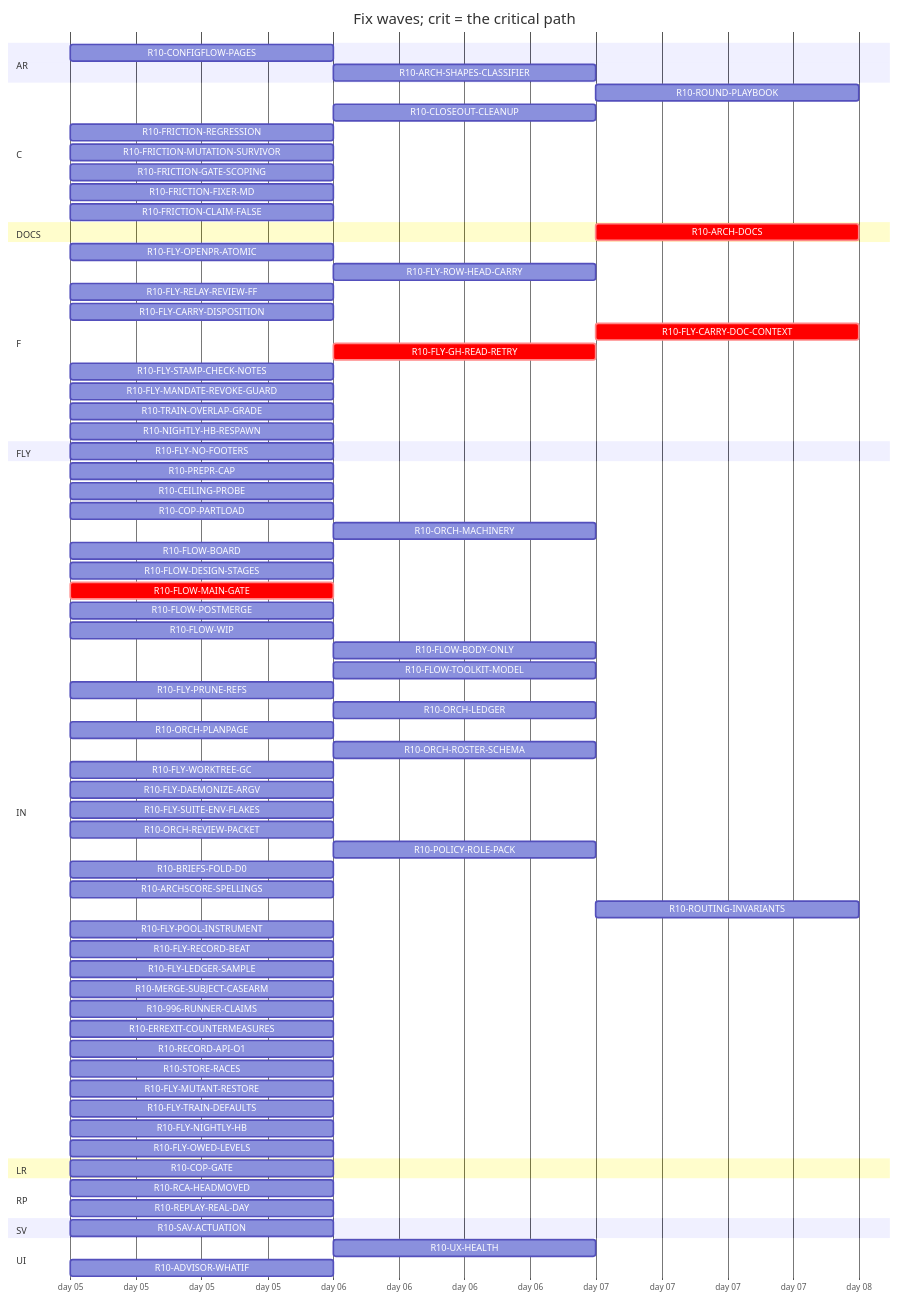
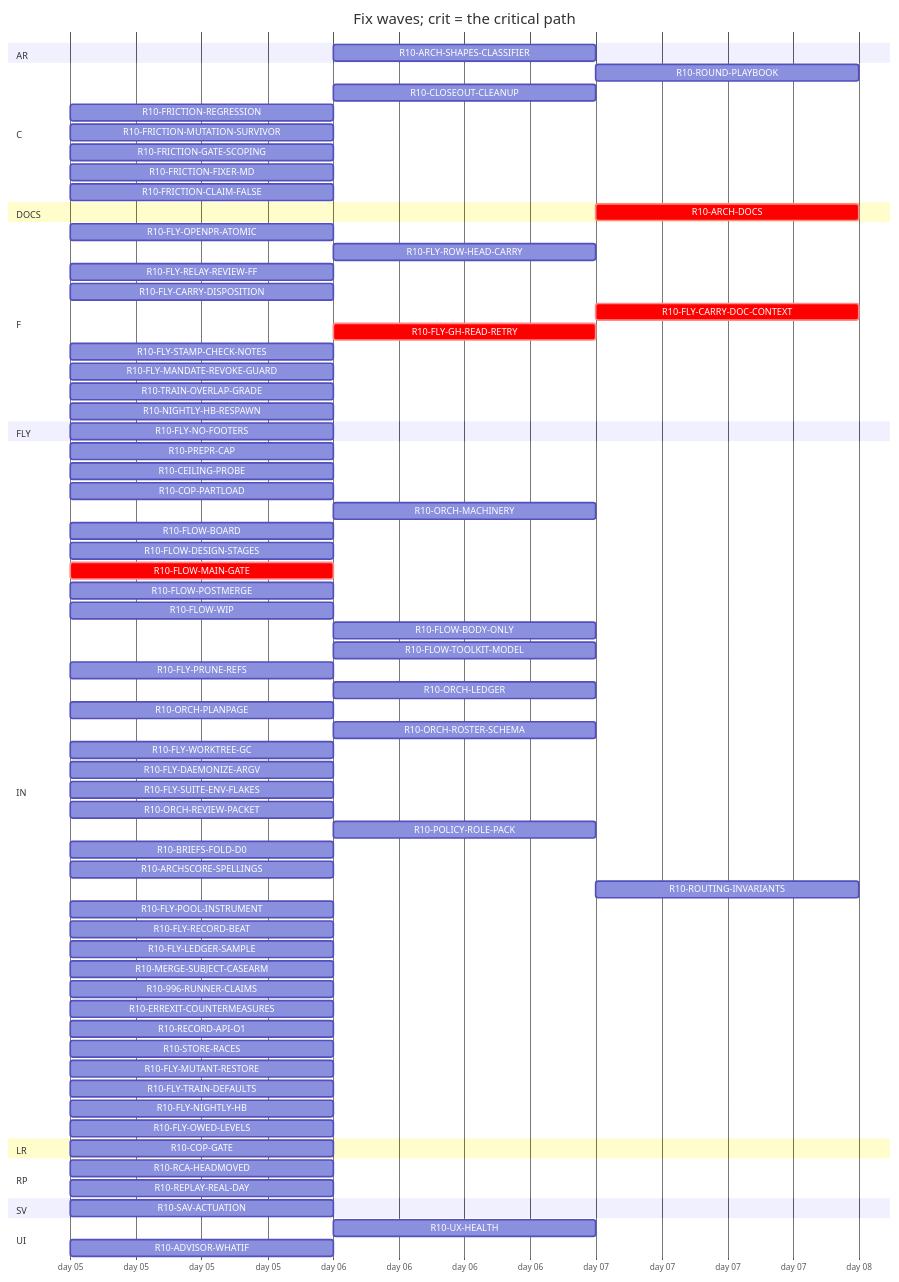
The diagram in handoff/round10/state/PLAN-TABLE.md (tvofi/heatpump_optimizer), drawn with Mermaid before and after one commit. The commit also changed other lines of this file and 3 other files, not shown here.

Commit message:
state: FLOW-BOARD.md, NEXT-SESSION-PROMPT.md, PLAN-TABLE.md, RESUME-CURRENT.md regenerated (state_docs.py)

````diff
--- a/handoff/round10/state/PLAN-TABLE.md
+++ b/handoff/round10/state/PLAN-TABLE.md
@@ -23,78 +23,77 @@
 ```mermaid
 gantt
   title Fix waves; crit = the critical path
   dateFormat YYYY-MM-DD
   axisFormat day %d
   section AR
-    R10-CONFIGFLOW-PAGES :r10CONFIGFLOWPAGES, 2026-01-05, 1d
     R10-ARCH-SHAPES-CLASSIFIER :r10ARCHSHAPESCLASSIFIER, after r10996RUNNERCLAIMS, 1d
   section C
     R10-ROUND-PLAYBOOK :r10ROUNDPLAYBOOK, after r10ORCHLEDGER r10ORCHPLANPAGE r10FLOWMAINGATE r10FLYRELAYREVIEWFF r10FLOWBODYONLY, 1d
     R10-CLOSEOUT-CLEANUP :r10CLOSEOUTCLEANUP, after r10FLYPRUNEREFS r10FLYWORKTREEGC, 1d
     R10-FRICTION-REGRESSION :r10FRICTIONREGRESSION, 2026-01-05, 1d
     R10-FRICTION-MUTATION-SURVIVOR :r10FRICTIONMUTATIONSURVIVOR, 2026-01-05, 1d
     R10-FRICTION-GATE-SCOPING :r10FRICTIONGATESCOPING, 2026-01-05, 1d
     R10-FRICTION-FIXER-MD :r10FRICTIONFIXERMD, 2026-01-05, 1d
     R10-FRICTION-CLAIM-FALSE :r10FRICTIONCLAIMFALSE, 2026-01-05, 1d
   section DOCS
-    R10-ARCH-DOCS :crit, r10ARCHDOCS, after r10COPGATE r10UXHEALTH r10CONFIGFLOWPAGES r10RCAHEADMOVED r10CEILINGPROBE r10COPPARTLOAD r10FLOWBOARD r10FLOWDESIGNSTAGES r10FLOWPOSTMERGE r10FLOWWIP r10FLOWBODYONLY r10FLYOPENPRATOMIC r10FLYROWHEADCARRY r10FLYRELAYREVIEWFF r10FLYCARRYDISPOSITION r10FLYCARRYDOCCONTEXT r10FLOWTOOLKITMODEL r10FLYSTAMPCHECKNOTES r10FLYMANDATEREVOKEGUARD r10TRAINOVERLAPGRADE r10NIGHTLYHBRESPAWN r10FLYPRUNEREFS r10ORCHLEDGER r10ORCHPLANPAGE r10ORCHROSTERSCHEMA r10FLYWORKTREEGC r10FLYDAEMONIZEARGV r10ORCHREVIEWPACKET r10POLICYROLEPACK r10BRIEFSFOLDD0 r10REPLAYREALDAY r10ARCHSCORESPELLINGS r10SAVACTUATION r10FLYLEDGERSAMPLE, 1d
+    R10-ARCH-DOCS :crit, r10ARCHDOCS, after r10COPGATE r10UXHEALTH r10RCAHEADMOVED r10CEILINGPROBE r10COPPARTLOAD r10FLOWBOARD r10FLOWDESIGNSTAGES r10FLOWPOSTMERGE r10FLOWWIP r10FLOWBODYONLY r10FLYOPENPRATOMIC r10FLYROWHEADCARRY r10FLYRELAYREVIEWFF r10FLYCARRYDISPOSITION r10FLYCARRYDOCCONTEXT r10FLOWTOOLKITMODEL r10FLYSTAMPCHECKNOTES r10FLYMANDATEREVOKEGUARD r10TRAINOVERLAPGRADE r10NIGHTLYHBRESPAWN r10FLYPRUNEREFS r10ORCHLEDGER r10ORCHPLANPAGE r10ORCHROSTERSCHEMA r10FLYWORKTREEGC r10FLYDAEMONIZEARGV r10ORCHREVIEWPACKET r10POLICYROLEPACK r10BRIEFSFOLDD0 r10REPLAYREALDAY r10ARCHSCORESPELLINGS r10SAVACTUATION r10FLYLEDGERSAMPLE, 1d
   section F
     R10-FLY-OPENPR-ATOMIC :r10FLYOPENPRATOMIC, 2026-01-05, 1d
     R10-FLY-ROW-HEAD-CARRY :r10FLYROWHEADCARRY, after r10FLYOPENPRATOMIC, 1d
     R10-FLY-RELAY-REVIEW-FF :r10FLYRELAYREVIEWFF, 2026-01-05, 1d
     R10-FLY-CARRY-DISPOSITION :r10FLYCARRYDISPOSITION, 2026-01-05, 1d
     R10-FLY-CARRY-DOC-CONTEXT :crit, r10FLYCARRYDOCCONTEXT, after r10FLYGHREADRETRY, 1d
     R10-FLY-GH-READ-RETRY :crit, r10FLYGHREADRETRY, after r10FLOWMAINGATE, 1d
     R10-FLY-STAMP-CHECK-NOTES :r10FLYSTAMPCHECKNOTES, 2026-01-05, 1d
     R10-FLY-MANDATE-REVOKE-GUARD :r10FLYMANDATEREVOKEGUARD, 2026-01-05, 1d
     R10-TRAIN-OVERLAP-GRADE :r10TRAINOVERLAPGRADE, 2026-01-05, 1d
     R10-NIGHTLY-HB-RESPAWN :r10NIGHTLYHBRESPAWN, 2026-01-05, 1d
   section FLY
     R10-FLY-NO-FOOTERS :r10FLYNOFOOTERS, 2026-01-05, 1d
   section IN
     R10-PREPR-CAP :r10PREPRCAP, 2026-01-05, 1d
     R10-CEILING-PROBE :r10CEILINGPROBE, 2026-01-05, 1d
     R10-COP-PARTLOAD :r10COPPARTLOAD, 2026-01-05, 1d
     R10-ORCH-MACHINERY :r10ORCHMACHINERY, after r10FLOWMAINGATE, 1d
     R10-FLOW-BOARD :r10FLOWBOARD, 2026-01-05, 1d
     R10-FLOW-DESIGN-STAGES :r10FLOWDESIGNSTAGES, 2026-01-05, 1d
     R10-FLOW-MAIN-GATE :crit, r10FLOWMAINGATE, 2026-01-05, 1d
     R10-FLOW-POSTMERGE :r10FLOWPOSTMERGE, 2026-01-05, 1d
     R10-FLOW-WIP :r10FLOWWIP, 2026-01-05, 1d
     R10-FLOW-BODY-ONLY :r10FLOWBODYONLY, after r10FLYOPENPRATOMIC, 1d
     R10-FLOW-TOOLKIT-MODEL :r10FLOWTOOLKITMODEL, after r10ORCHPLANPAGE, 1d
     R10-FLY-PRUNE-REFS :r10FLYPRUNEREFS, 2026-01-05, 1d
     R10-ORCH-LEDGER :r10ORCHLEDGER, after r10FLOWMAINGATE, 1d
     R10-ORCH-PLANPAGE :r10ORCHPLANPAGE, 2026-01-05, 1d
     R10-ORCH-ROSTER-SCHEMA :r10ORCHROSTERSCHEMA, after r10FLOWMAINGATE, 1d
     R10-FLY-WORKTREE-GC :r10FLYWORKTREEGC, 2026-01-05, 1d
     R10-FLY-DAEMONIZE-ARGV :r10FLYDAEMONIZEARGV, 2026-01-05, 1d
     R10-FLY-SUITE-ENV-FLAKES :r10FLYSUITEENVFLAKES, 2026-01-05, 1d
     R10-ORCH-REVIEW-PACKET :r10ORCHREVIEWPACKET, 2026-01-05, 1d
     R10-POLICY-ROLE-PACK :r10POLICYROLEPACK, after r10FLOWDESIGNSTAGES, 1d
     R10-BRIEFS-FOLD-D0 :r10BRIEFSFOLDD0, 2026-01-05, 1d
     R10-ARCHSCORE-SPELLINGS :r10ARCHSCORESPELLINGS, 2026-01-05, 1d
     R10-ROUTING-INVARIANTS :r10ROUTINGINVARIANTS, after r10ORCHROSTERSCHEMA, 1d
     R10-FLY-POOL-INSTRUMENT :r10FLYPOOLINSTRUMENT, 2026-01-05, 1d
     R10-FLY-RECORD-BEAT :r10FLYRECORDBEAT, 2026-01-05, 1d
     R10-FLY-LEDGER-SAMPLE :r10FLYLEDGERSAMPLE, 2026-01-05, 1d
     R10-MERGE-SUBJECT-CASEARM :r10MERGESUBJECTCASEARM, 2026-01-05, 1d
     R10-996-RUNNER-CLAIMS :r10996RUNNERCLAIMS, 2026-01-05, 1d
     R10-ERREXIT-COUNTERMEASURES :r10ERREXITCOUNTERMEASURES, 2026-01-05, 1d
     R10-RECORD-API-O1 :r10RECORDAPIO1, 2026-01-05, 1d
     R10-STORE-RACES :r10STORERACES, 2026-01-05, 1d
     R10-FLY-MUTANT-RESTORE :r10FLYMUTANTRESTORE, 2026-01-05, 1d
     R10-FLY-TRAIN-DEFAULTS :r10FLYTRAINDEFAULTS, 2026-01-05, 1d
     R10-FLY-NIGHTLY-HB :r10FLYNIGHTLYHB, 2026-01-05, 1d
     R10-FLY-OWED-LEVELS :r10FLYOWEDLEVELS, 2026-01-05, 1d
   section LR
     R10-COP-GATE :r10COPGATE, 2026-01-05, 1d
   section RP
     R10-RCA-HEADMOVED :r10RCAHEADMOVED, 2026-01-05, 1d
     R10-REPLAY-REAL-DAY :r10REPLAYREALDAY, 2026-01-05, 1d
   section SV
     R10-SAV-ACTUATION :r10SAVACTUATION, 2026-01-05, 1d
   section UI
     R10-UX-HEALTH :r10UXHEALTH, after r10COPGATE, 1d
     R10-ADVISOR-WHATIF :r10ADVISORWHATIF, 2026-01-05, 1d
 ```
````
